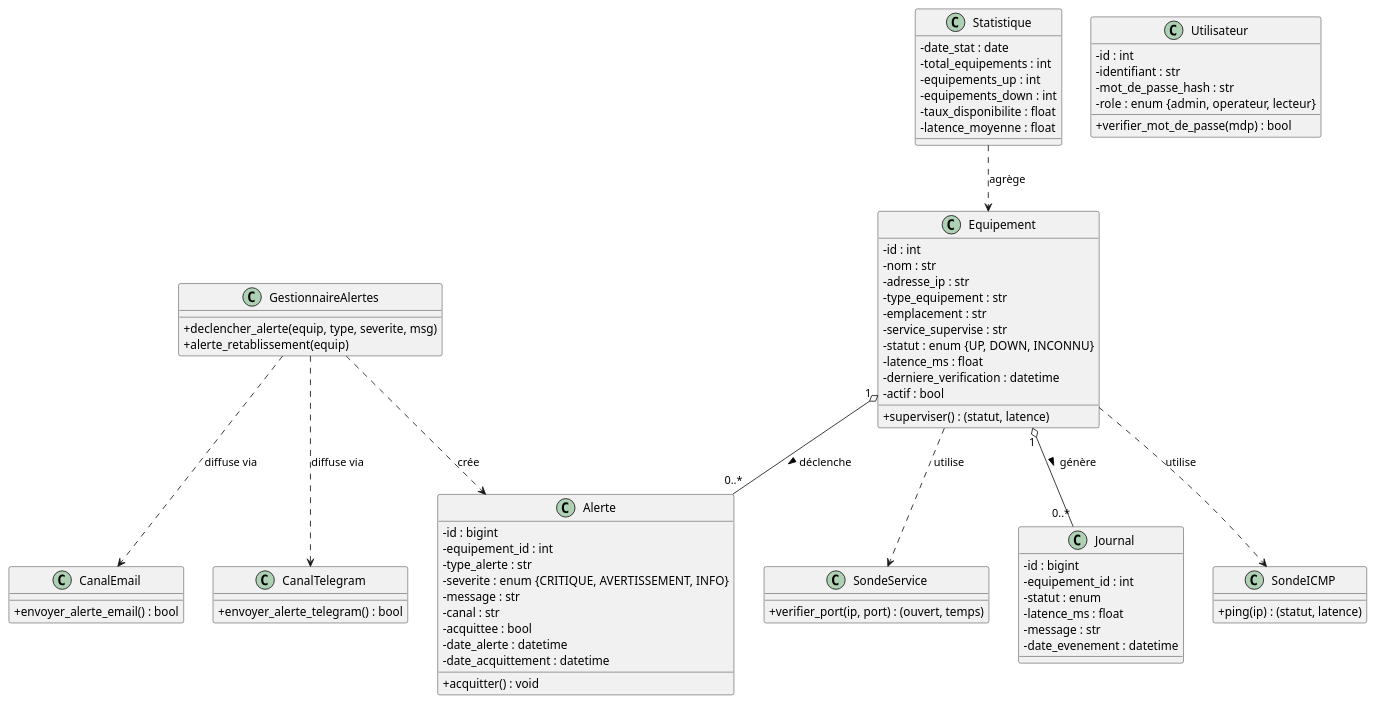
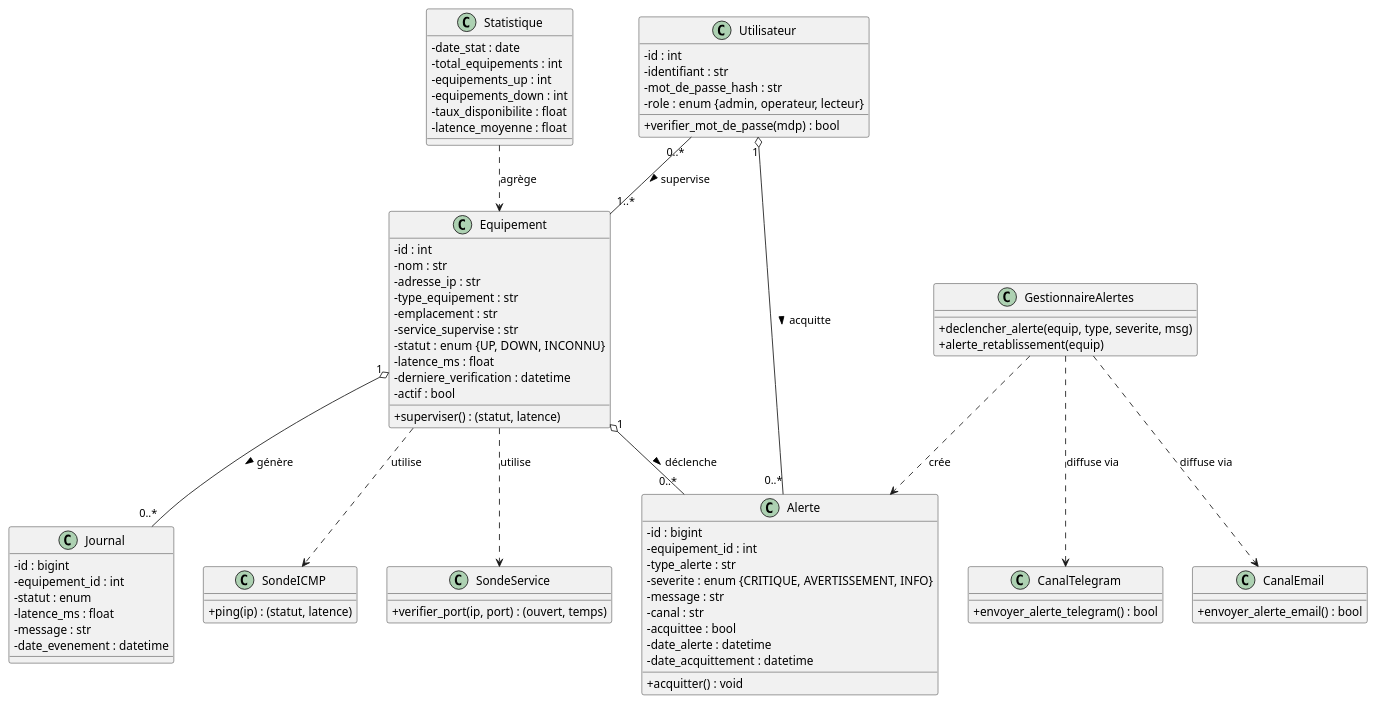
One commit to esperanceykouassi-bit/Supervision-reseau changed the diagram in architecture/diagrammes/diagramme-classes.puml. Above: the diagram before and after it, drawn with PlantUML. The commit also changed 14 other files, not shown here.

First line of the commit message:
Ajout de la relation UTILISATEUR <-> EQUIPEMENT (et UTILISATEUR acquitte ALERTE)

```diff
--- a/architecture/diagrammes/diagramme-classes.puml
+++ b/architecture/diagrammes/diagramme-classes.puml
@@ -1,88 +1,90 @@
 @startuml diagramme-classes
 ' Diagramme de classes UML : modèle du domaine et composants logiciels
 skinparam classAttributeIconSize 0
 
 class Equipement {
   - id : int
   - nom : str
   - adresse_ip : str
   - type_equipement : str
   - emplacement : str
   - service_supervise : str
   - statut : enum {UP, DOWN, INCONNU}
   - latence_ms : float
   - derniere_verification : datetime
   - actif : bool
   + superviser() : (statut, latence)
 }
 
 class Journal {
   - id : bigint
   - equipement_id : int
   - statut : enum
   - latence_ms : float
   - message : str
   - date_evenement : datetime
 }
 
 class Alerte {
   - id : bigint
   - equipement_id : int
   - type_alerte : str
   - severite : enum {CRITIQUE, AVERTISSEMENT, INFO}
   - message : str
   - canal : str
   - acquittee : bool
   - date_alerte : datetime
   - date_acquittement : datetime
   + acquitter() : void
 }
 
 class Utilisateur {
   - id : int
   - identifiant : str
   - mot_de_passe_hash : str
   - role : enum {admin, operateur, lecteur}
   + verifier_mot_de_passe(mdp) : bool
 }
 
 class Statistique {
   - date_stat : date
   - total_equipements : int
   - equipements_up : int
   - equipements_down : int
   - taux_disponibilite : float
   - latence_moyenne : float
 }
 
 class SondeICMP {
   + ping(ip) : (statut, latence)
 }
 
 class SondeService {
   + verifier_port(ip, port) : (ouvert, temps)
 }
 
 class GestionnaireAlertes {
   + declencher_alerte(equip, type, severite, msg)
   + alerte_retablissement(equip)
 }
 
 class CanalEmail {
   + envoyer_alerte_email() : bool
 }
 
 class CanalTelegram {
   + envoyer_alerte_telegram() : bool
 }
 
 Equipement "1" o-- "0..*" Journal : génère >
 Equipement "1" o-- "0..*" Alerte : déclenche >
+Utilisateur "0..*" -- "1..*" Equipement : supervise >
+Utilisateur "1" o-- "0..*" Alerte : acquitte >
 Equipement ..> SondeICMP : utilise
 Equipement ..> SondeService : utilise
 GestionnaireAlertes ..> Alerte : crée
 GestionnaireAlertes ..> CanalEmail : diffuse via
 GestionnaireAlertes ..> CanalTelegram : diffuse via
 Statistique ..> Equipement : agrège
 
 @enduml
```
